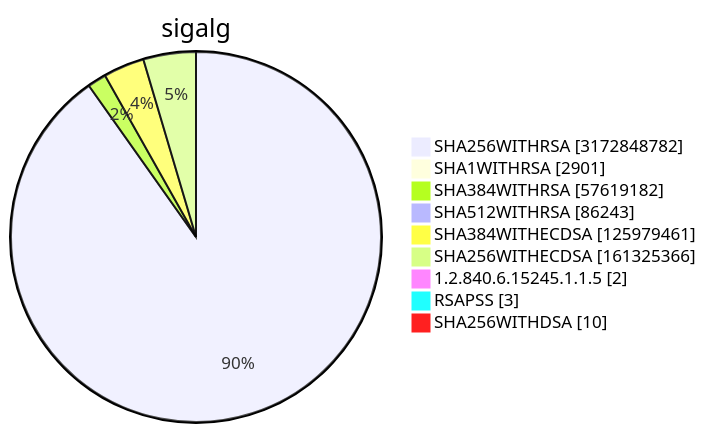
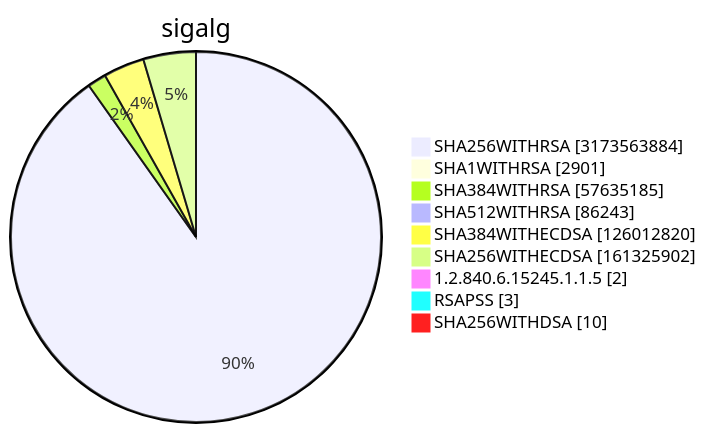
One commit to christiankrug/ctmonitor_visualization changed diagram 15 of 15 in TOTAL/README.md. Above: the diagram before and after it, drawn with Mermaid. The commit also changed other lines of this file, not shown here.

````diff
--- a/TOTAL/README.md
+++ b/TOTAL/README.md
@@ -6215,13 +6215,13 @@
 ```mermaid
 pie showData
 title sigalg
-"SHA256WITHRSA" :3172848782
+"SHA256WITHRSA" :3173563884
 "SHA1WITHRSA" :2901
-"SHA384WITHRSA" :57619182
+"SHA384WITHRSA" :57635185
 "SHA512WITHRSA" :86243
-"SHA384WITHECDSA" :125979461
-"SHA256WITHECDSA" :161325366
+"SHA384WITHECDSA" :126012820
+"SHA256WITHECDSA" :161325902
 "1.2.840.6.15245.1.1.5" :2
 "RSAPSS" :3
 "SHA256WITHDSA" :10
 ```
````
